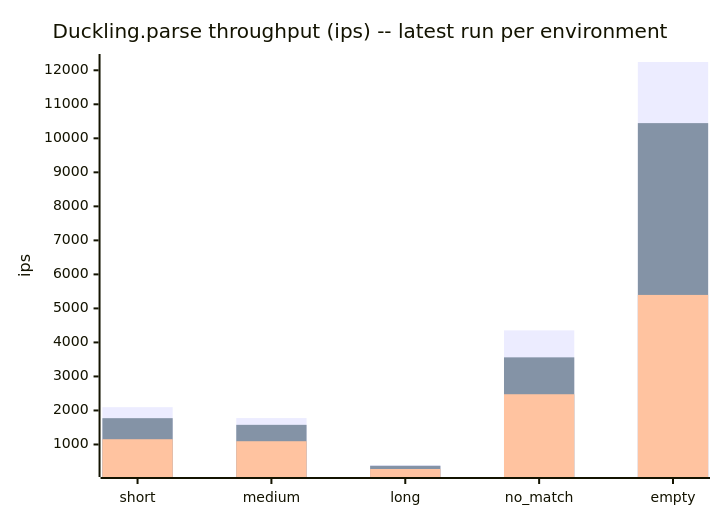
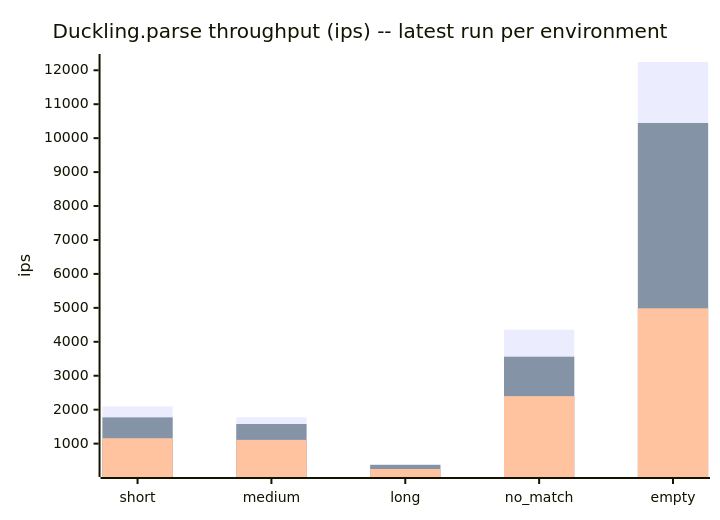
Before and after one commit to cpb/duckling: the fourth of 5 diagrams in docs/benchmarks/README.md, drawn with Mermaid. The commit also changed other lines of this file and 3 other files, not shown here.

````diff
--- a/docs/benchmarks/README.md
+++ b/docs/benchmarks/README.md
@@ -133,9 +133,9 @@
 ```mermaid
 xychart-beta
     title "Duckling.parse throughput (ips) -- latest run per environment"
     x-axis [short, medium, long, no_match, empty]
     y-axis "ips"
     bar "github-actions" [2096.8, 1775.4, 391.8, 4353.6, 12243.5]
     bar "claude-code-web" [1773.1, 1577.3, 373.4, 3561.1, 10446.8]
-    bar "local" [1154.4, 1095.9, 279.2, 2477.0, 5396.2]
+    bar "local" [1159.0, 1110.2, 252.3, 2399.9, 4986.6]
 ```
````
